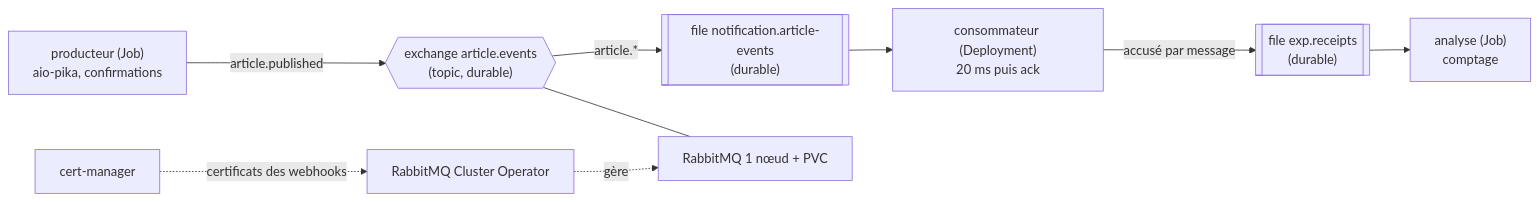
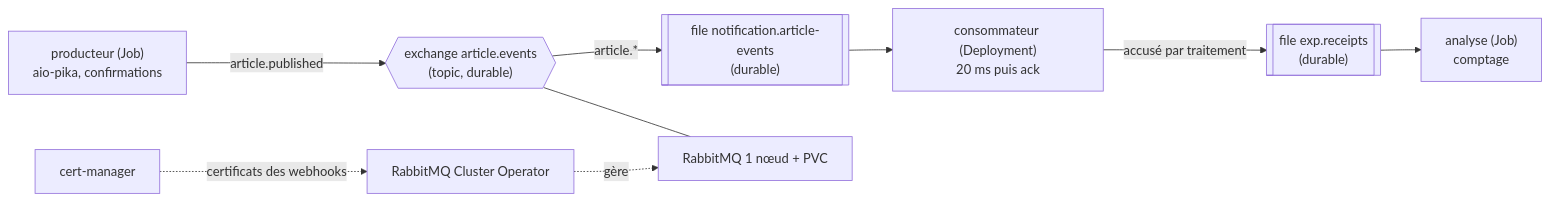
The diagram in docs/04-experimentations/01-rabbitmq/protocole.md (Luucaaas/collector-poc), drawn with Mermaid before and after one commit. The commit also changed other lines of this file and 3 other files, not shown here.

````diff
--- a/docs/04-experimentations/01-rabbitmq/protocole.md
+++ b/docs/04-experimentations/01-rabbitmq/protocole.md
@@ -17,11 +18,11 @@
 ```mermaid
 flowchart LR
     P["producteur (Job)<br/>aio-pika, confirmations"] -- "article.published" --> X{{"exchange article.events<br/>(topic, durable)"}}
     X -- "article.*" --> Q[["file notification.article-events<br/>(durable)"]]
     Q --> C["consommateur (Deployment)<br/>20 ms puis ack"]
-    C -- "accusé par message" --> R[["file exp.receipts<br/>(durable)"]]
+    C -- "accusé par traitement" --> R[["file exp.receipts<br/>(durable)"]]
     R --> A["analyse (Job)<br/>comptage"]
     OP["RabbitMQ Cluster Operator"] -. "gère" .-> B["RabbitMQ 1 nœud + PVC"]
     CM["cert-manager"] -. "certificats des webhooks" .-> OP
     X --- B
 ```
````
